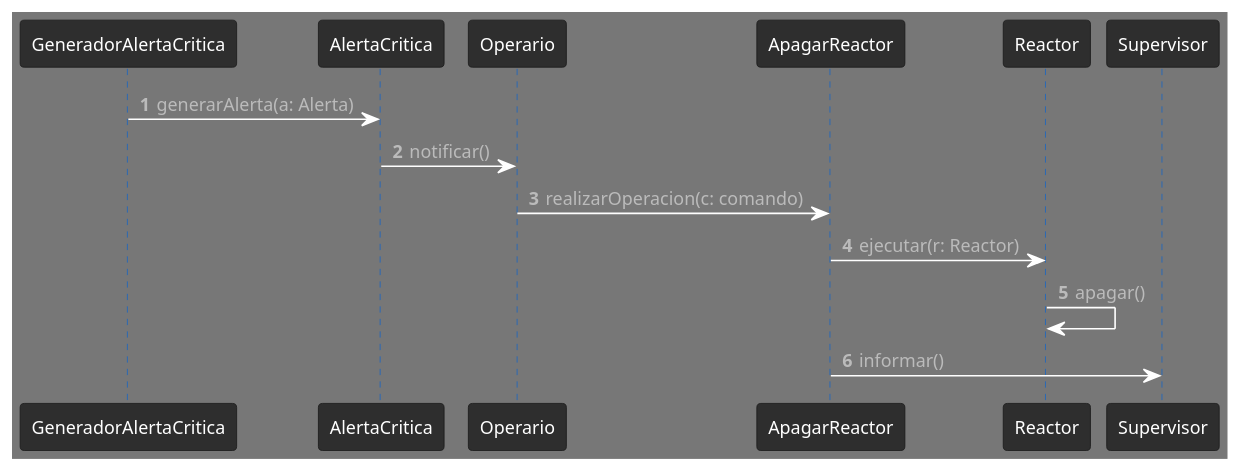
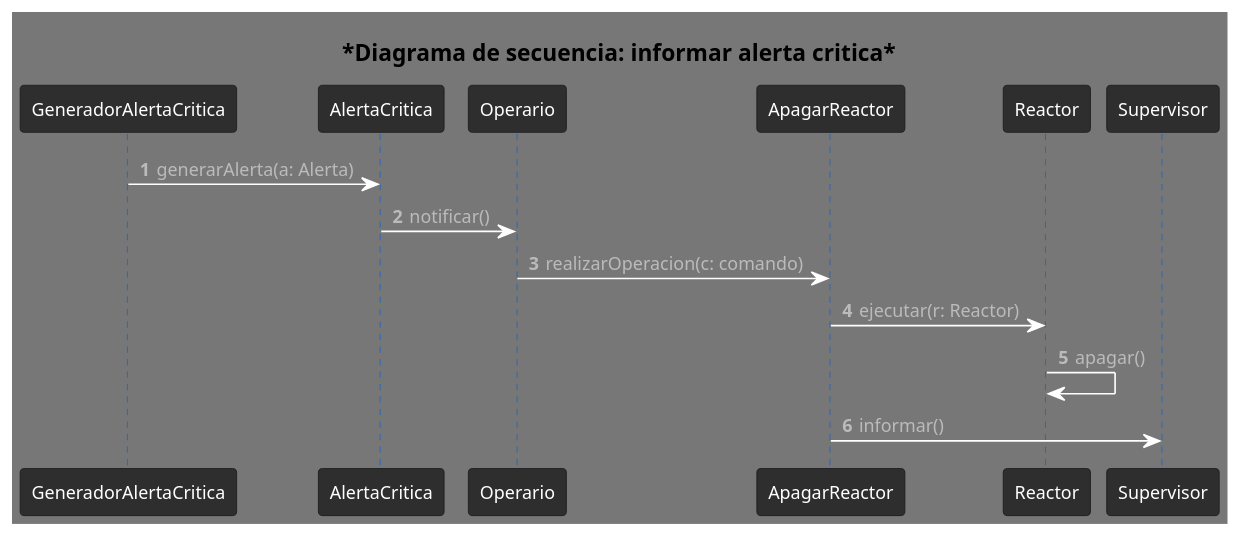
The diagram in diagrams/Secuencia/secuenciaAlertaCritica.puml (fmiguezo/reactor_nuclear), drawn with PlantUML before and after one commit. The commit also changed 5 other files, not shown here.

Commit message:
Puli un poco el orden dentro de los diagramas, ademas de Cambiar el thema y ordenar los de secuencias

```diff
--- a/diagrams/Secuencia/secuenciaAlertaCritica.puml
+++ b/diagrams/Secuencia/secuenciaAlertaCritica.puml
@@ -1,14 +1,15 @@
 @startuml Secuencia
 !theme reddress-darkblue
 scale 1.3
 
 autonumber
+title *Diagrama de secuencia: informar alerta critica*
 
 GeneradorAlertaCritica -> AlertaCritica: generarAlerta(a: Alerta)
 AlertaCritica -> Operario: notificar()
 Operario -> ApagarReactor: realizarOperacion(c: comando)
 ApagarReactor -> Reactor: ejecutar(r: Reactor)
 Reactor -> Reactor: apagar()
 ApagarReactor -> Supervisor: informar()
 
 @enduml
```
